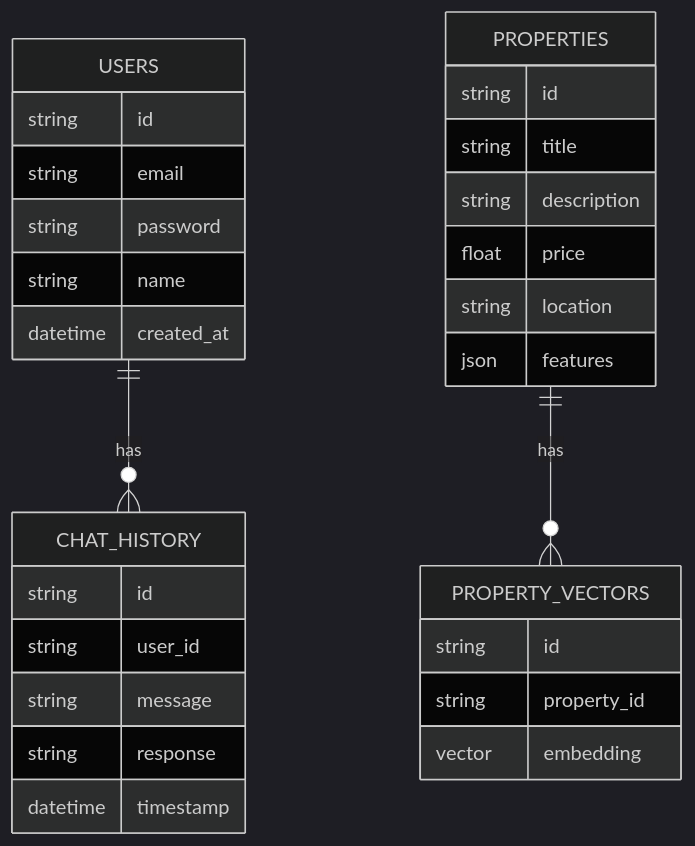
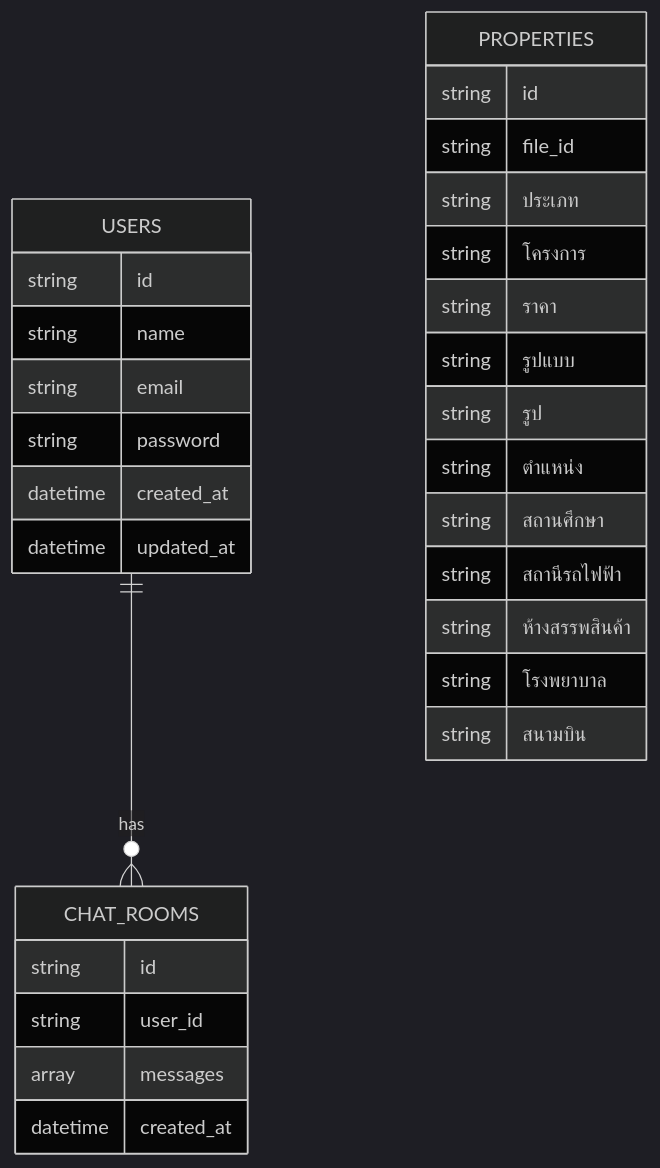
The sixth of 20 diagrams in docs/diagrams.md (Phattarapong26/PowerAiChat_LLM), drawn with Mermaid (dark theme) before and after one commit. The commit also changed other lines of this file, not shown here.

````diff
--- a/docs/diagrams.md
+++ b/docs/diagrams.md
@@ -98,32 +106,33 @@
 ```mermaid
 erDiagram
-    USERS ||--o{ CHAT_HISTORY : has
+    USERS ||--o{ CHAT_ROOMS : has
     USERS {
         string id
+        string name
         string email
         string password
-        string name
+        datetime created_at
+        datetime updated_at
+    }
+    CHAT_ROOMS {
+        string id
+        string user_id
+        array messages
         datetime created_at
     }
-    CHAT_HISTORY {
-        string id
-        string user_id
-        string message
-        string response
-        datetime timestamp
-    }
-    PROPERTIES ||--o{ PROPERTY_VECTORS : has
     PROPERTIES {
         string id
-        string title
-        string description
-        float price
-        string location
-        json features
-    }
-    PROPERTY_VECTORS {
-        string id
-        string property_id
-        vector embedding
+        string file_id
+        string ประเภท
+        string โครงการ
+        string ราคา
+        string รูปแบบ
+        string รูป
+        string ตำแหน่ง
+        string สถานศึกษา
+        string สถานีรถไฟฟ้า
+        string ห้างสรรพสินค้า
+        string โรงพยาบาล
+        string สนามบิน
     }
 ```
````
